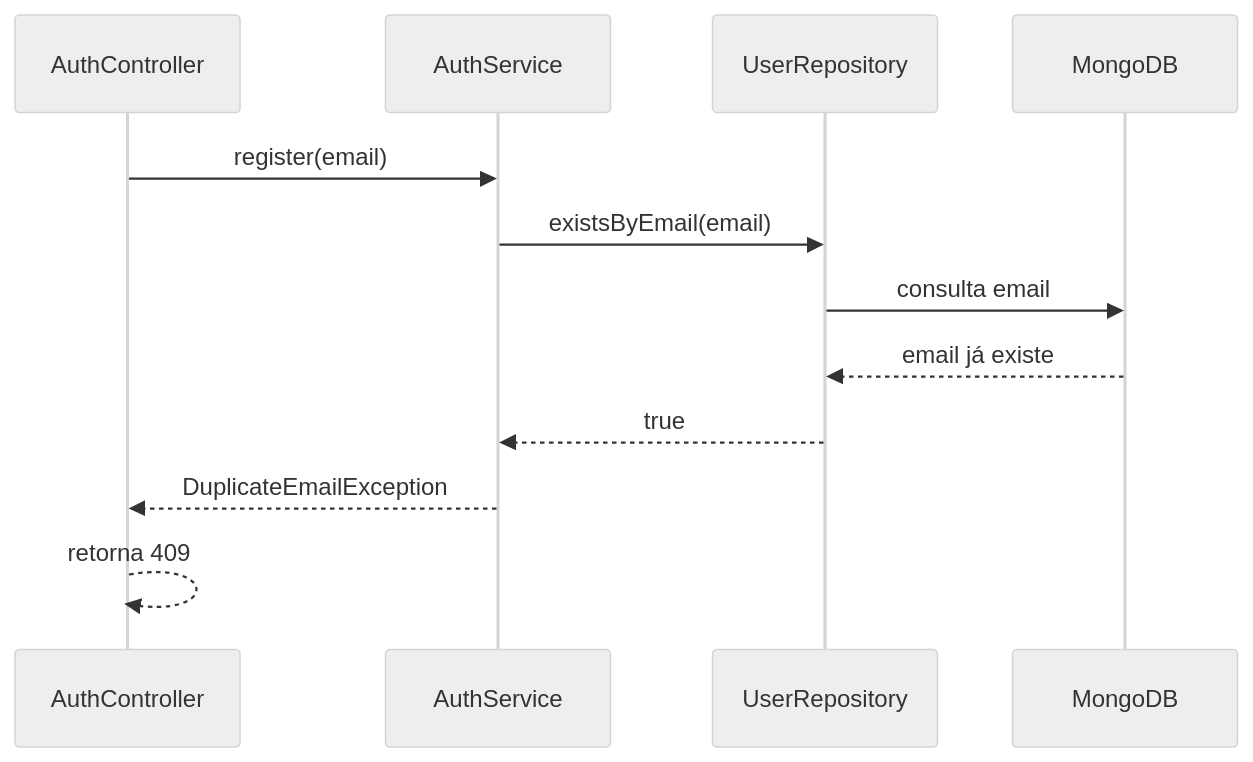
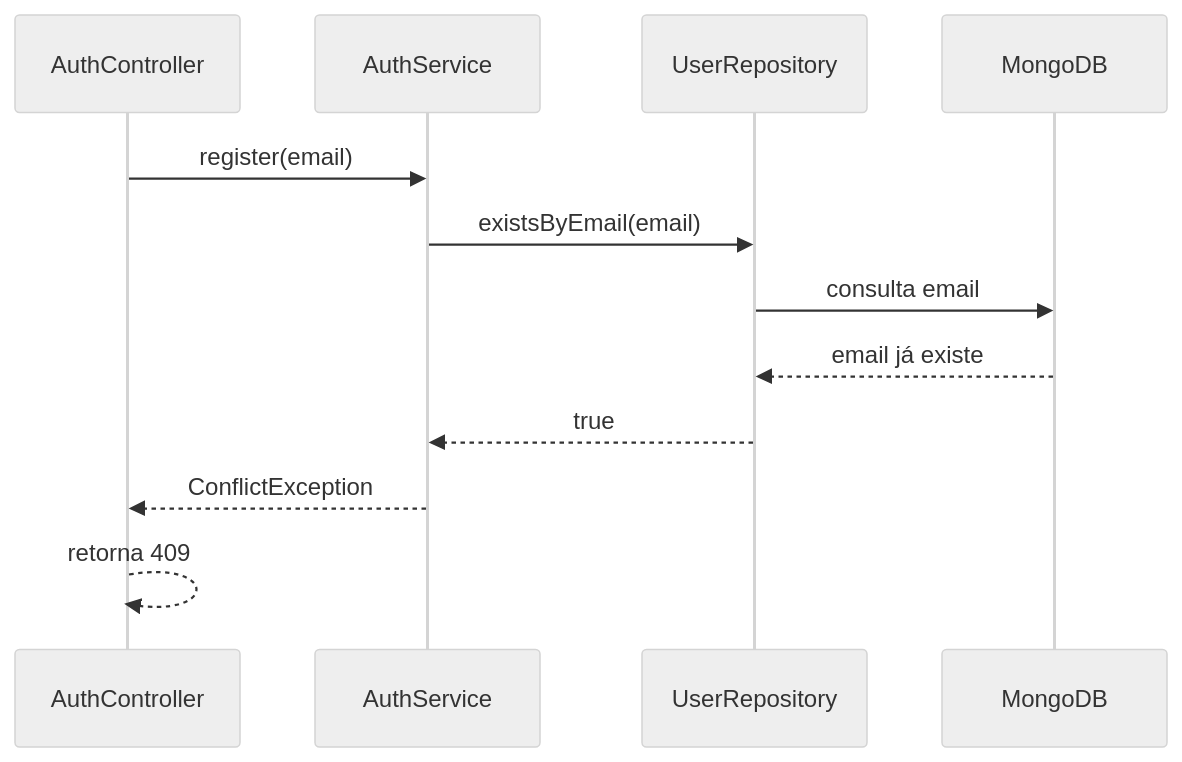
One commit to LetterBook4/LetterBook changed the eighth of 18 diagrams in RTM.md. Above: the diagram before and after it, drawn with Mermaid (neutral theme). The commit also changed other lines of this file, not shown here.

Commit message:
docs: completa RTM com tabela e diagramas UML

````diff
--- a/RTM.md
+++ b/RTM.md
@@ -50,15 +191,15 @@
 ```mermaid
 sequenceDiagram
   participant AC as AuthController
   participant AS as AuthService
   participant UR as UserRepository
   participant M as MongoDB
 
   AC->>AS: register(email)
   AS->>UR: existsByEmail(email)
   UR->>M: consulta email
   M-->>UR: email já existe
   UR-->>AS: true
-  AS-->>AC: DuplicateEmailException
+  AS-->>AC: ConflictException
   AC-->>AC: retorna 409
 ```
````
